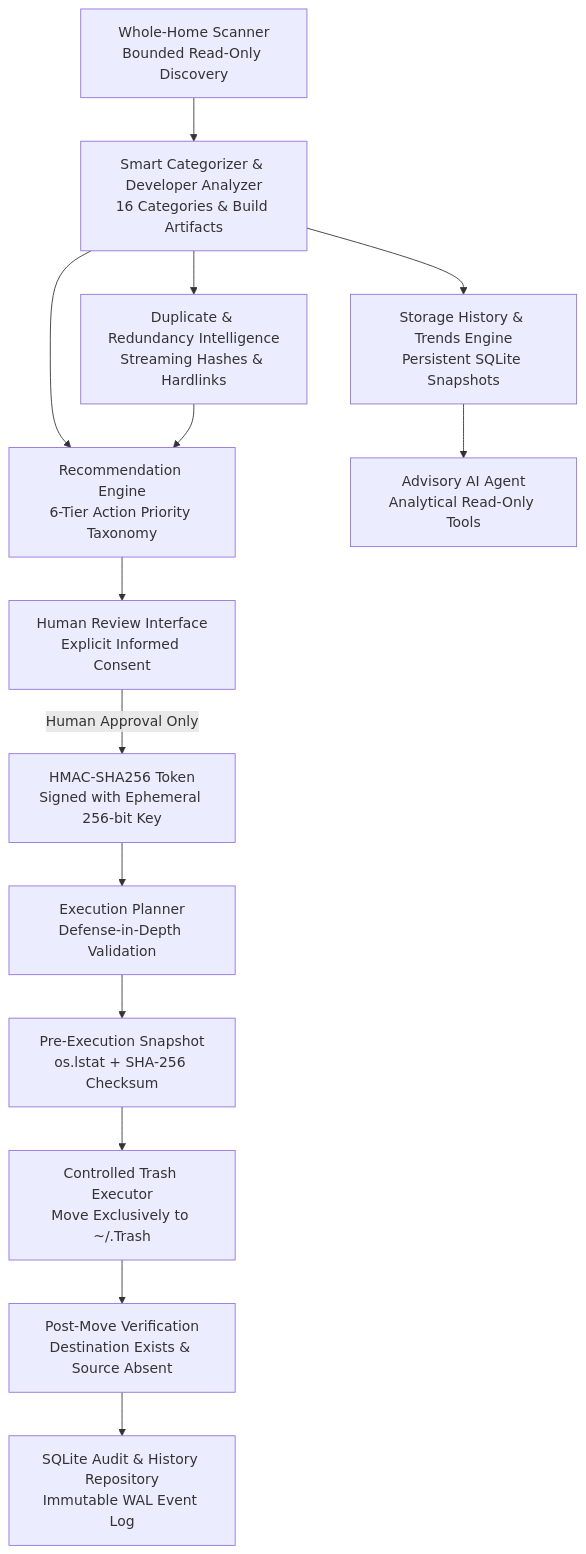
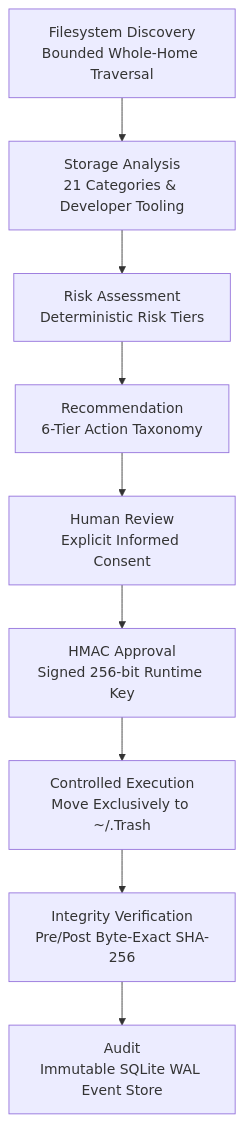
Before and after one commit to simeonubi/macguard-ai: the diagram in README.md, drawn with Mermaid. The commit also changed other lines of this file, not shown here.

````diff
--- a/README.md
+++ b/README.md
@@ -26,16 +49,11 @@
 ```mermaid
-graph TD
-    A[Whole-Home Scanner\nBounded Read-Only Discovery] --> B[Smart Categorizer & Developer Analyzer\n16 Categories & Build Artifacts]
-    B --> C[Duplicate & Redundancy Intelligence\nStreaming Hashes & Hardlinks]
-    B --> D[Storage History & Trends Engine\nPersistent SQLite Snapshots]
-    B --> E[Recommendation Engine\n6-Tier Action Priority Taxonomy]
-    D --> F[Advisory AI Agent\nAnalytical Read-Only Tools]
-    C --> E
-    E --> G[Human Review Interface\nExplicit Informed Consent]
-    G -->|Human Approval Only| H[HMAC-SHA256 Token\nSigned with Ephemeral 256-bit Key]
-    H --> I[Execution Planner\nDefense-in-Depth Validation]
-    I --> J[Pre-Execution Snapshot\nos.lstat + SHA-256 Checksum]
-    J --> K[Controlled Trash Executor\nMove Exclusively to ~/.Trash]
-    K --> L[Post-Move Verification\nDestination Exists & Source Absent]
-    L --> M[SQLite Audit & History Repository\nImmutable WAL Event Log]
+flowchart TD
+    A[Filesystem Discovery\nBounded Whole-Home Traversal] --> B[Storage Analysis\n21 Categories & Developer Tooling]
+    B --> C[Risk Assessment\nDeterministic Risk Tiers]
+    C --> D[Recommendation\n6-Tier Action Taxonomy]
+    D --> E[Human Review\nExplicit Informed Consent]
+    E --> F[HMAC Approval\nSigned 256-bit Runtime Key]
+    F --> G[Controlled Execution\nMove Exclusively to ~/.Trash]
+    G --> H[Integrity Verification\nPre/Post Byte-Exact SHA-256]
+    H --> I[Audit\nImmutable SQLite WAL Event Store]
 ```
````
